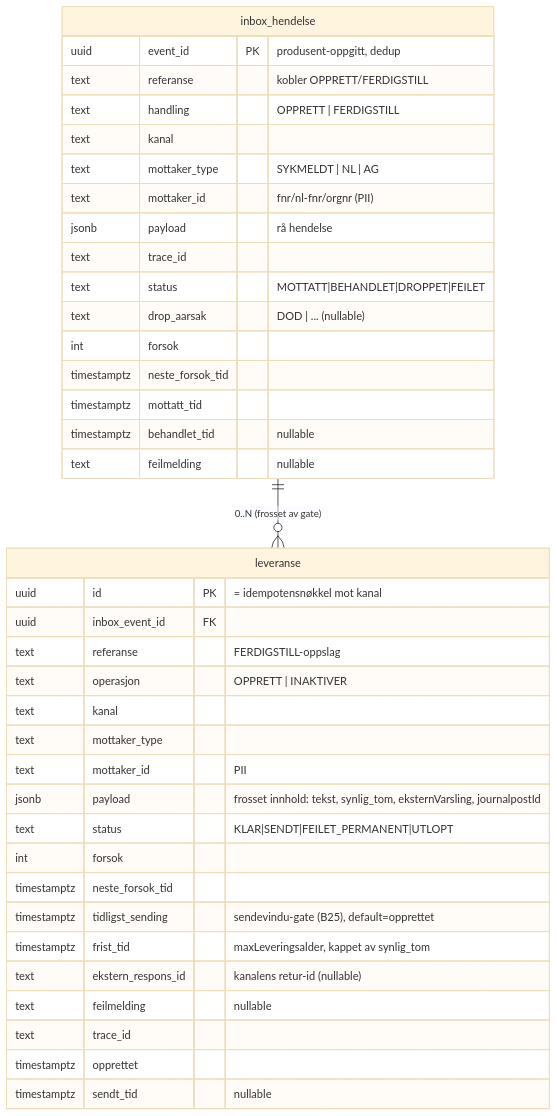
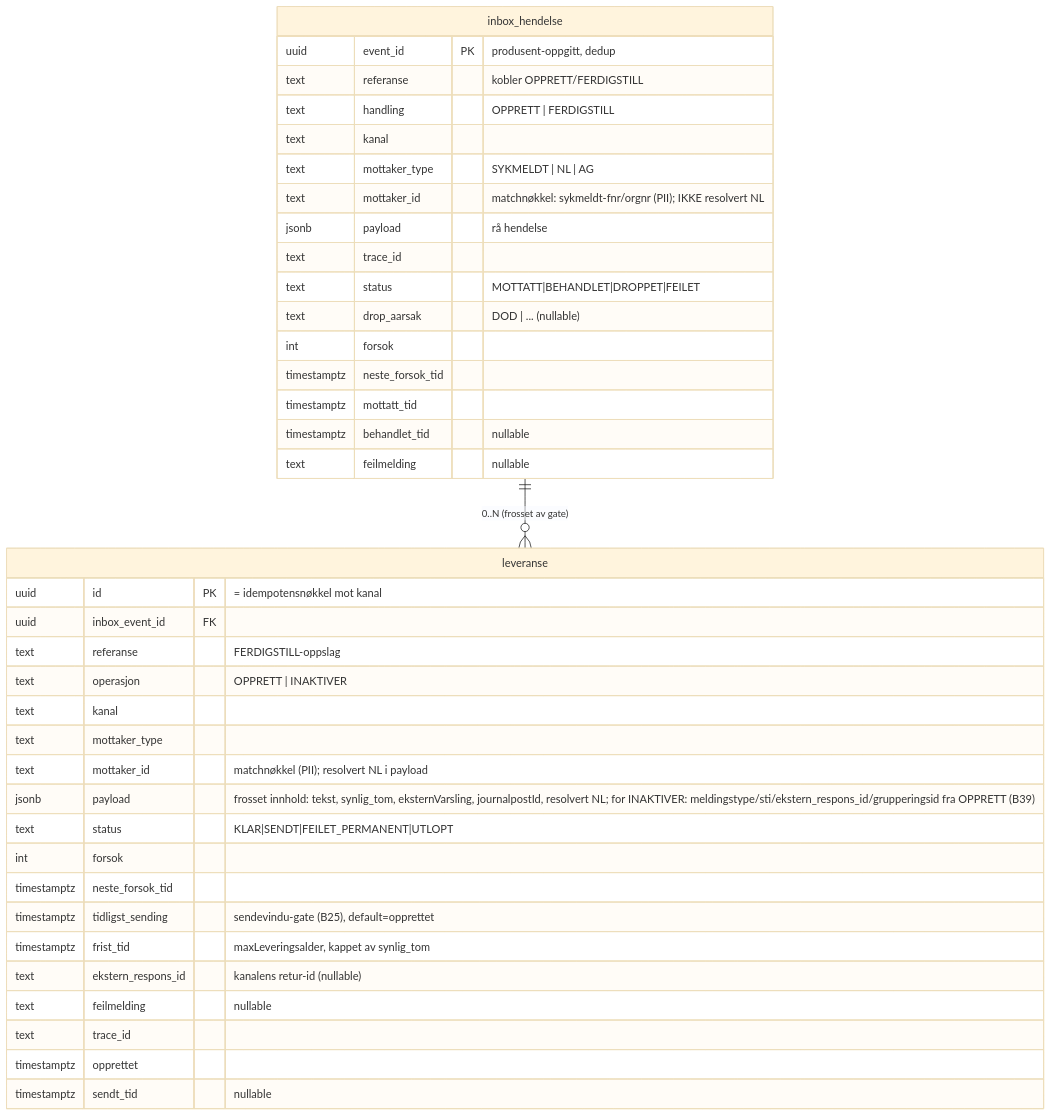
The diagram in docs/DATAMODELL.md (navikt/syfo-budstikka), drawn with Mermaid (base theme) before and after one commit. The commit also changed other lines of this file and 3 other files, not shown here.

````diff
--- a/docs/DATAMODELL.md
+++ b/docs/DATAMODELL.md
@@ -7,43 +7,43 @@
 ```mermaid
 erDiagram
     inbox_hendelse ||--o{ leveranse : "0..N (frosset av gate)"
 
     inbox_hendelse {
         uuid        event_id PK "produsent-oppgitt, dedup"
         text        referanse "kobler OPPRETT/FERDIGSTILL"
         text        handling "OPPRETT | FERDIGSTILL"
         text        kanal
         text        mottaker_type "SYKMELDT | NL | AG"
-        text        mottaker_id "fnr/nl-fnr/orgnr (PII)"
+        text        mottaker_id "matchnøkkel: sykmeldt-fnr/orgnr (PII); IKKE resolvert NL"
         jsonb       payload "rå hendelse"
         text        trace_id
         text        status "MOTTATT|BEHANDLET|DROPPET|FEILET"
         text        drop_aarsak "DOD | ... (nullable)"
         int         forsok
         timestamptz neste_forsok_tid
         timestamptz mottatt_tid
         timestamptz behandlet_tid "nullable"
         text        feilmelding "nullable"
     }
 
     leveranse {
         uuid        id PK "= idempotensnøkkel mot kanal"
         uuid        inbox_event_id FK
         text        referanse "FERDIGSTILL-oppslag"
         text        operasjon "OPPRETT | INAKTIVER"
         text        kanal
         text        mottaker_type
-        text        mottaker_id "PII"
-        jsonb       payload "frosset innhold: tekst, synlig_tom, eksternVarsling, journalpostId"
+        text        mottaker_id "matchnøkkel (PII); resolvert NL i payload"
+        jsonb       payload "frosset innhold: tekst, synlig_tom, eksternVarsling, journalpostId, resolvert NL; for INAKTIVER: meldingstype/sti/ekstern_respons_id/grupperingsid fra OPPRETT (B39)"
         text        status "KLAR|SENDT|FEILET_PERMANENT|UTLOPT"
         int         forsok
         timestamptz neste_forsok_tid
         timestamptz tidligst_sending "sendevindu-gate (B25), default=opprettet"
         timestamptz frist_tid "maxLeveringsalder, kappet av synlig_tom"
         text        ekstern_respons_id "kanalens retur-id (nullable)"
         text        feilmelding "nullable"
         text        trace_id
         timestamptz opprettet
         timestamptz sendt_tid "nullable"
     }
 ```
````
